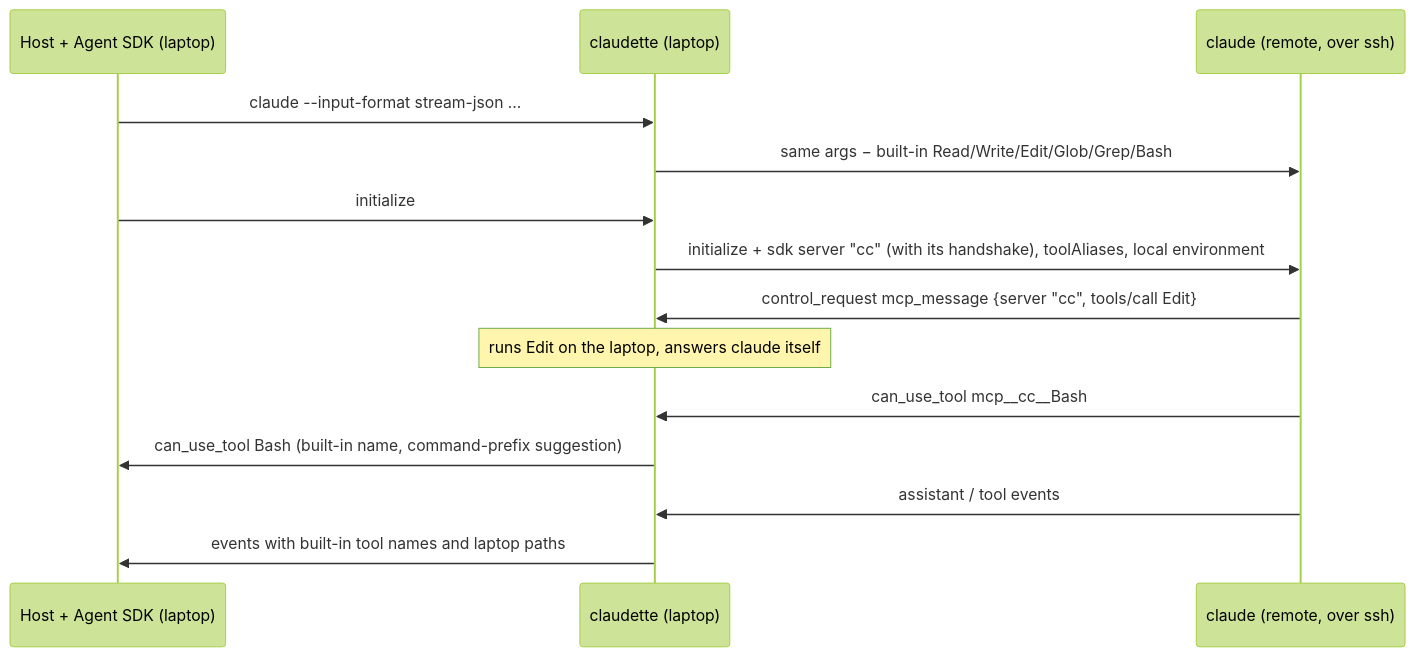
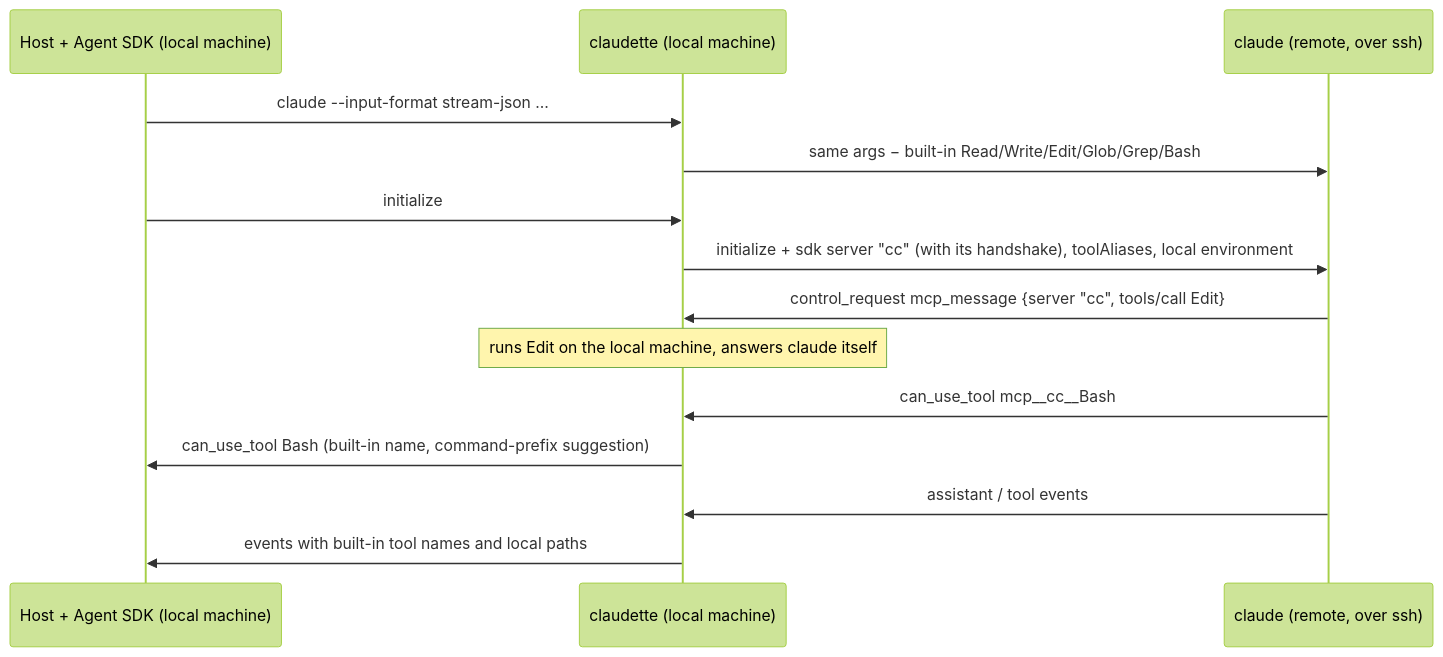
Before and after one commit to oshinop/claudette: the first of 3 diagrams in docs/design.md, drawn with Mermaid (forest theme). The commit also changed other lines of this file and 15 other files, not shown here.

````diff
--- a/docs/design.md
+++ b/docs/design.md
@@ -347,16 +349,16 @@
 ```mermaid
 sequenceDiagram
-  participant Host as Host + Agent SDK (laptop)
-  participant Claudette as claudette (laptop)
+  participant Host as Host + Agent SDK (local machine)
+  participant Claudette as claudette (local machine)
   participant Claude as claude (remote, over ssh)
   Host->>Claudette: claude --input-format stream-json …
   Claudette->>Claude: same args − built-in Read/Write/Edit/Glob/Grep/Bash
   Host->>Claudette: initialize
   Claudette->>Claude: initialize + sdk server "cc" (with its handshake), toolAliases, local environment
   Claude->>Claudette: control_request mcp_message {server "cc", tools/call Edit}
-  Note over Claudette: runs Edit on the laptop, answers claude itself
+  Note over Claudette: runs Edit on the local machine, answers claude itself
   Claude->>Claudette: can_use_tool mcp__cc__Bash
   Claudette->>Host: can_use_tool Bash (built-in name, command-prefix suggestion)
   Claude->>Claudette: assistant / tool events
-  Claudette->>Host: events with built-in tool names and laptop paths
+  Claudette->>Host: events with built-in tool names and local paths
 ```
````
